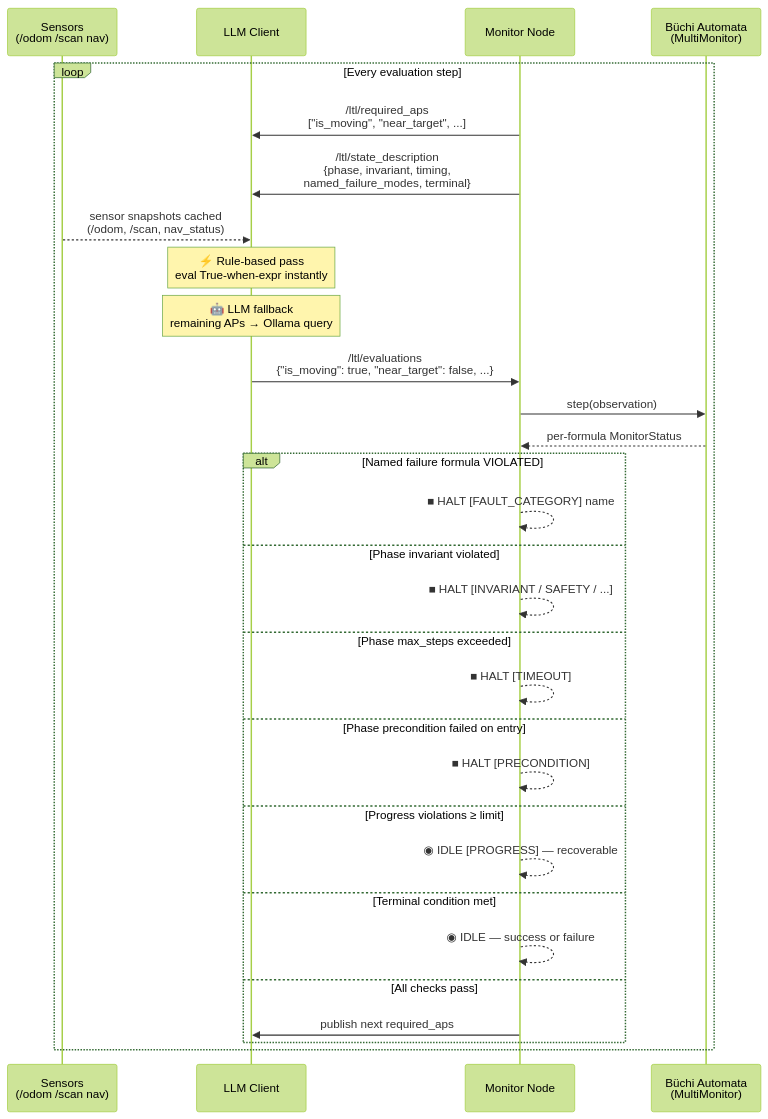
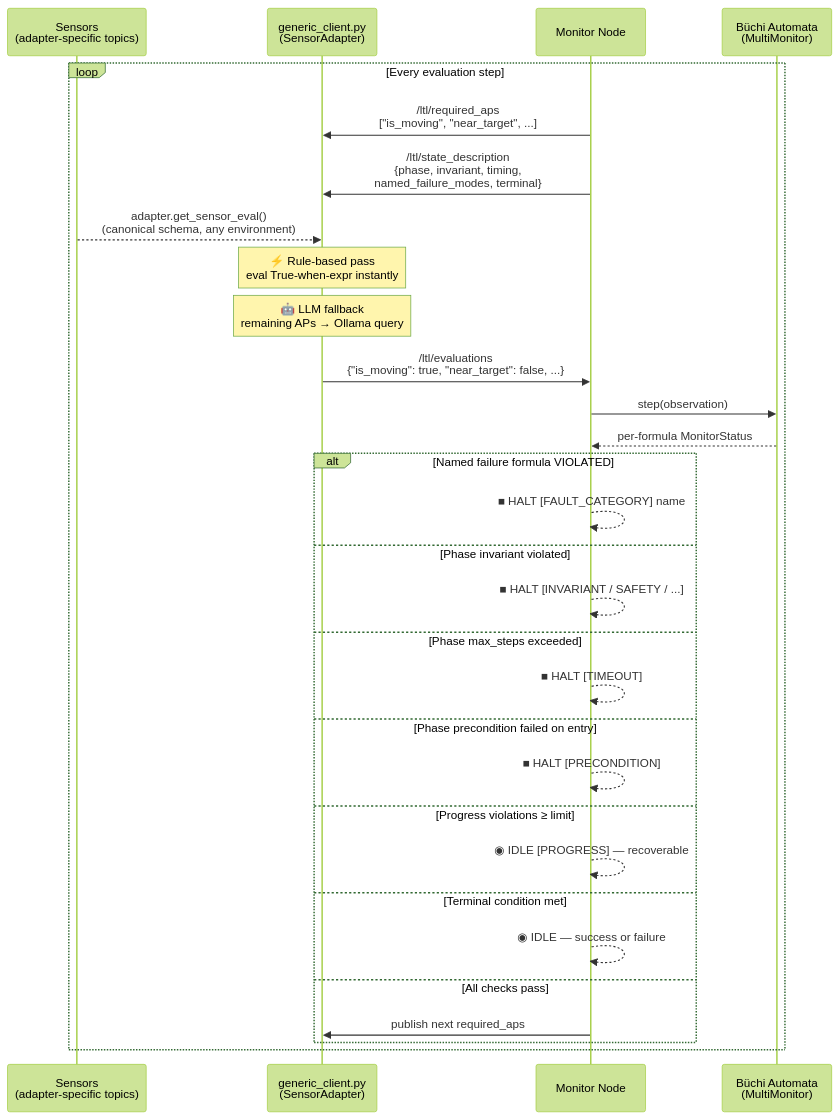
Before and after one commit to pinhas019/LtlMonitor: the second of 5 diagrams in README.md, drawn with Mermaid (forest theme). The commit also changed other lines of this file and 2 other files, not shown here.

First line of the commit message:
docs: update README/system_description/g1_bridges for the adapter architecture

````diff
--- a/README.md
+++ b/README.md
@@ -207,39 +284,39 @@
 ```mermaid
 sequenceDiagram
-    participant S as Sensors<br/>(/odom /scan nav)
-    participant L as LLM Client
+    participant S as Sensors<br/>(adapter-specific topics)
+    participant L as generic_client.py<br/>(SensorAdapter)
     participant M as Monitor Node
     participant A as Büchi Automata<br/>(MultiMonitor)
 
     loop Every evaluation step
         M ->> L: /ltl/required_aps<br/>["is_moving", "near_target", ...]
         M ->> L: /ltl/state_description<br/>{phase, invariant, timing,<br/>named_failure_modes, terminal}
 
-        S -->> L: sensor snapshots cached<br/>(/odom, /scan, nav_status)
+        S -->> L: adapter.get_sensor_eval()<br/>(canonical schema, any environment)
 
         Note over L: ⚡ Rule-based pass<br/>eval True-when-expr instantly
 
         Note over L: 🤖 LLM fallback<br/>remaining APs → Ollama query
 
         L ->> M: /ltl/evaluations<br/>{"is_moving": true, "near_target": false, ...}
 
         M ->> A: step(observation)
         A -->> M: per-formula MonitorStatus
 
         alt Named failure formula VIOLATED
             M -->> M: ■ HALT [FAULT_CATEGORY] name
         else Phase invariant violated
             M -->> M: ■ HALT [INVARIANT / SAFETY / ...]
         else Phase max_steps exceeded
             M -->> M: ■ HALT [TIMEOUT]
         else Phase precondition failed on entry
             M -->> M: ■ HALT [PRECONDITION]
         else Progress violations ≥ limit
             M -->> M: ◉ IDLE [PROGRESS] — recoverable
         else Terminal condition met
             M -->> M: ◉ IDLE — success or failure
         else All checks pass
             M ->> L: publish next required_aps
         end
     end
 ```
````
